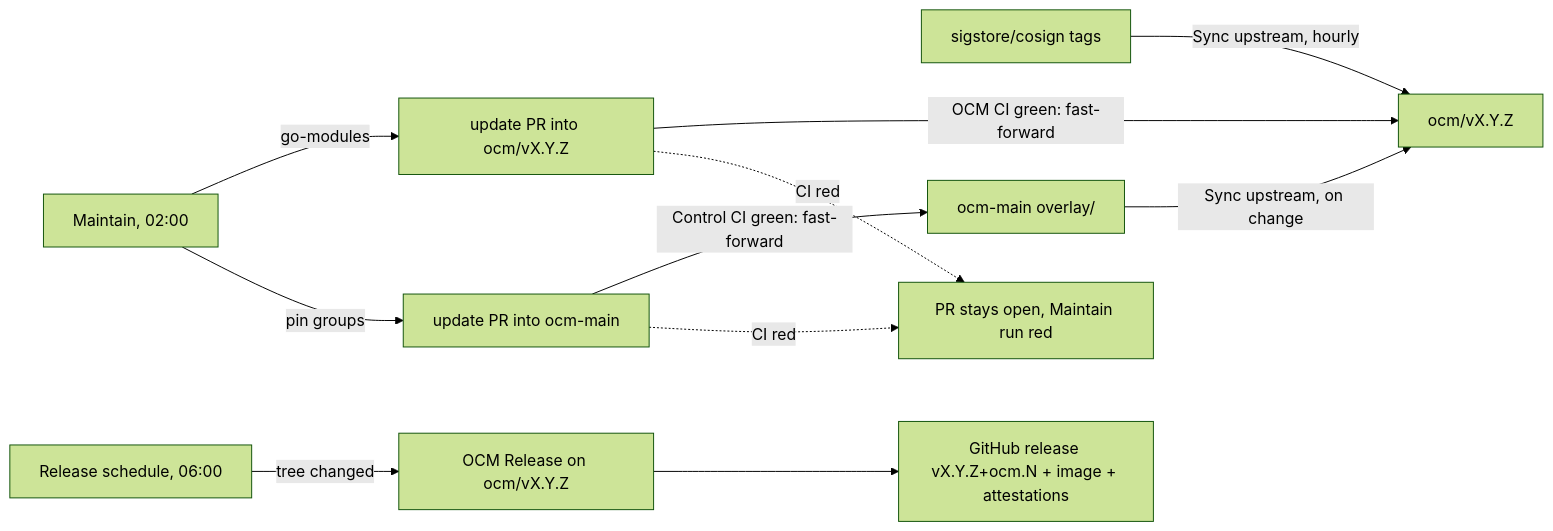
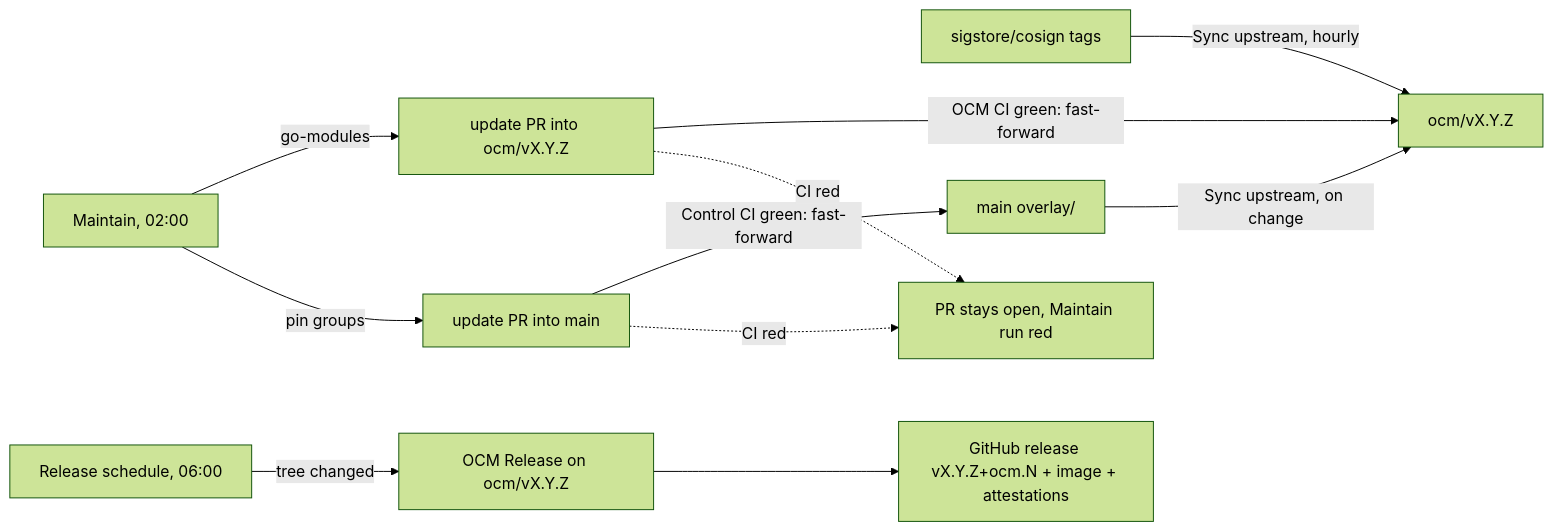
Before and after one commit to open-component-model/cosign: the diagram in docs/maintenance.md, drawn with Mermaid (forest theme). The commit also changed other lines of this file and 14 other files, not shown here.

First line of the commit message:
fix(maintain): follow the ocm-main -> main rename, tolerate auto-deleted bump branches (#20)

````diff
--- a/docs/maintenance.md
+++ b/docs/maintenance.md
@@ -9,13 +9,13 @@
 ```mermaid
 flowchart LR
   U[sigstore/cosign tags] -->|Sync upstream, hourly| B[ocm/vX.Y.Z]
-  O[ocm-main overlay/] -->|Sync upstream, on change| B
+  O[main overlay/] -->|Sync upstream, on change| B
   M[Maintain, 02:00] -->|go-modules| PB[update PR into ocm/vX.Y.Z]
-  M -->|pin groups| PM[update PR into ocm-main]
+  M -->|pin groups| PM[update PR into main]
   PB -->|OCM CI green: fast-forward| B
   PM -->|Control CI green: fast-forward| O
   PB -.->|CI red| R[PR stays open, Maintain run red]
   PM -.->|CI red| R
   S[Release schedule, 06:00] -->|tree changed| REL[OCM Release on ocm/vX.Y.Z]
   REL --> A[GitHub release vX.Y.Z+ocm.N + image + attestations]
 ```
````
